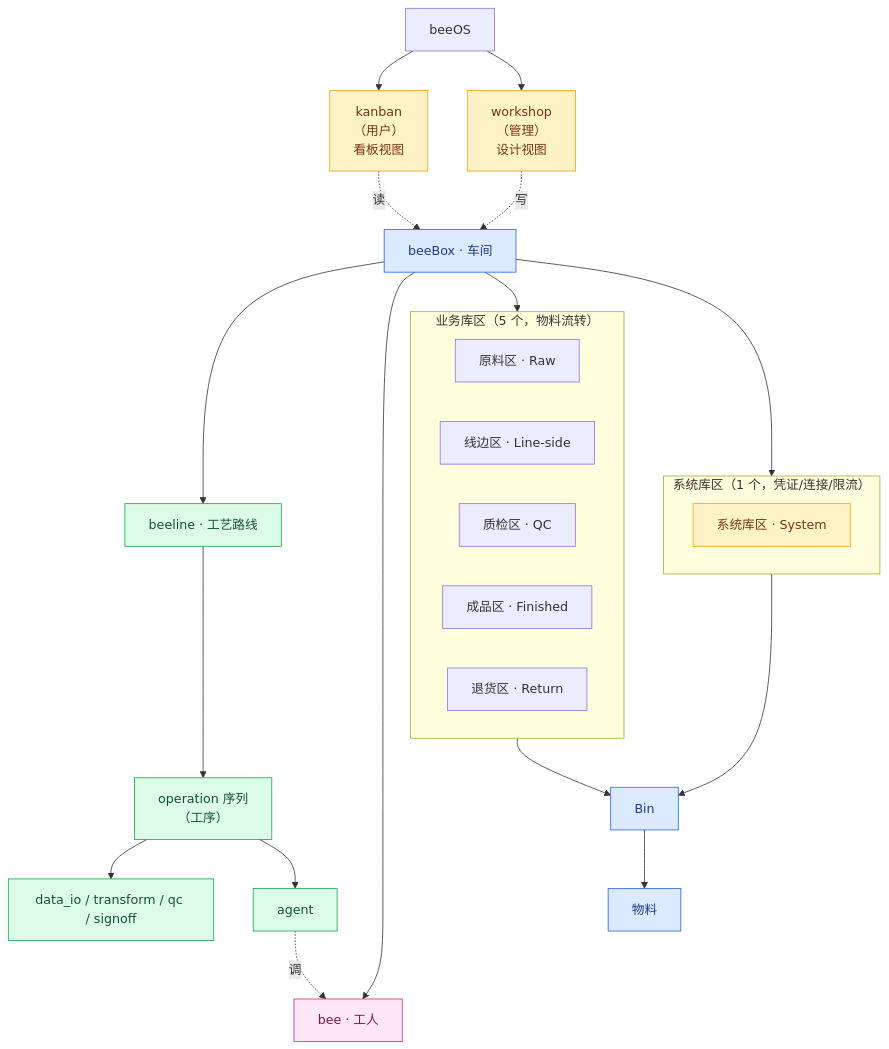
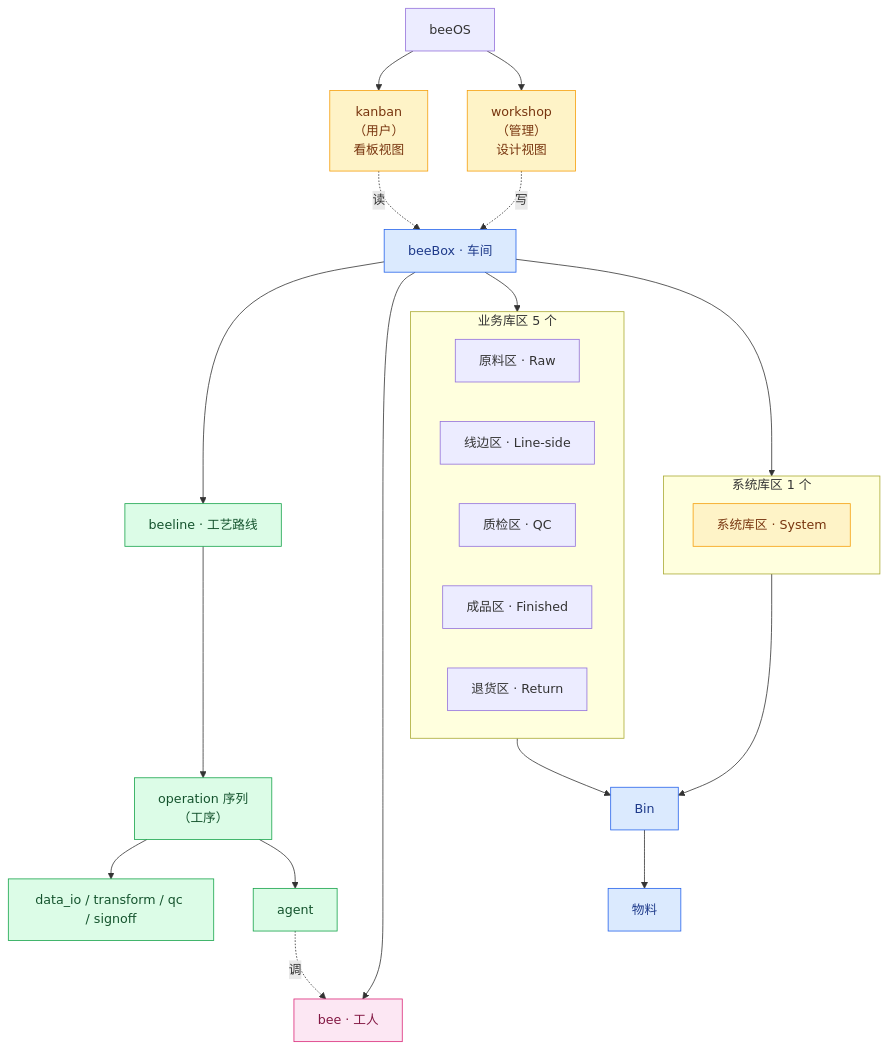
One commit to chehuizi/beeOS changed the first of 3 diagrams in docs/architecture/kernel-design.md. Above: the diagram before and after it, drawn with Mermaid. The commit also changed other lines of this file, not shown here.

Commit message:
docs: mermaid subgraph label 去中文括号+逗号——GitHub 渲染器兼容
GitHub mermaid 渲染器对 subgraph label 里的中文括号+逗号解析失败，
导致整个 §4 树形图块没渲染（显示成 raw 源码）。

简化：'业务库区（5 个，物料流转）' → '业务库区 5 个'
'系统库区（1 个，凭证/连接/限流）' → '系统库区 1 个'

详细信息在文档其他位置说明（subgraph label 保持简洁）。

````diff
--- a/docs/architecture/kernel-design.md
+++ b/docs/architecture/kernel-design.md
@@ -16,57 +16,57 @@
 ```mermaid
 graph TB
     beeOS["beeOS"]
 
     kanban["kanban<br/>（用户）<br/>看板视图"]
     workshop["workshop<br/>（管理）<br/>设计视图"]
 
     beeBox["beeBox · 车间"]
     bins["Bin"]
     materials["物料"]
     beeline["beeline · 工艺路线"]
     operations["operation 序列<br/>（工序）"]
     opBasic["data_io / transform / qc / signoff"]
     opAgent["agent"]
     bee["bee · 工人"]
 
-    subgraph bizZones["业务库区（5 个，物料流转）"]
+    subgraph bizZones["业务库区 5 个"]
         raw["原料区 · Raw"]
         line["线边区 · Line-side"]
         qc["质检区 · QC"]
         finished["成品区 · Finished"]
         ret["退货区 · Return"]
     end
 
-    subgraph sysZones["系统库区（1 个，凭证/连接/限流）"]
+    subgraph sysZones["系统库区 1 个"]
         system["系统库区 · System"]
     end
 
     beeOS --> kanban
     beeOS --> workshop
     kanban -.读.-> beeBox
     workshop -.写.-> beeBox
 
     beeBox --> bizZones
     beeBox --> sysZones
     bizZones --> bins
     sysZones --> bins
     bins --> materials
     beeBox --> beeline
     beeBox --> bee
     beeline --> operations
     operations --> opBasic
     operations --> opAgent
     opAgent -.调.-> bee
 
     classDef console fill:#fef3c7,stroke:#f59e0b,color:#78350f
     classDef box fill:#dbeafe,stroke:#2563eb,color:#1e3a8a
     classDef flow fill:#dcfce7,stroke:#16a34a,color:#14532d
     classDef worker fill:#fce7f3,stroke:#db2777,color:#831843
     classDef sys fill:#fef3c7,stroke:#f59e0b,color:#78350f
 
     class kanban,workshop console
     class beeBox,bins,materials box
     class beeline,operations,opBasic,opAgent flow
     class bee worker
     class system sys
 ```
````
